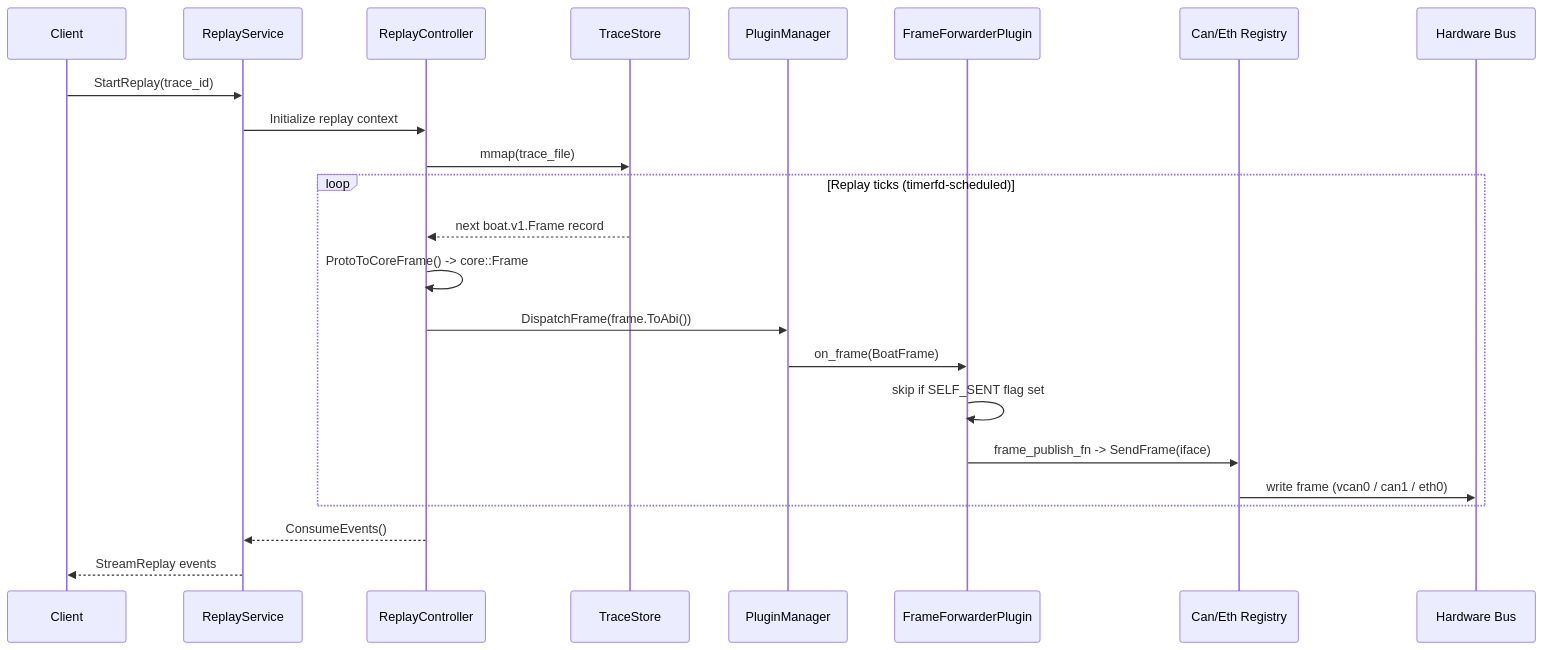
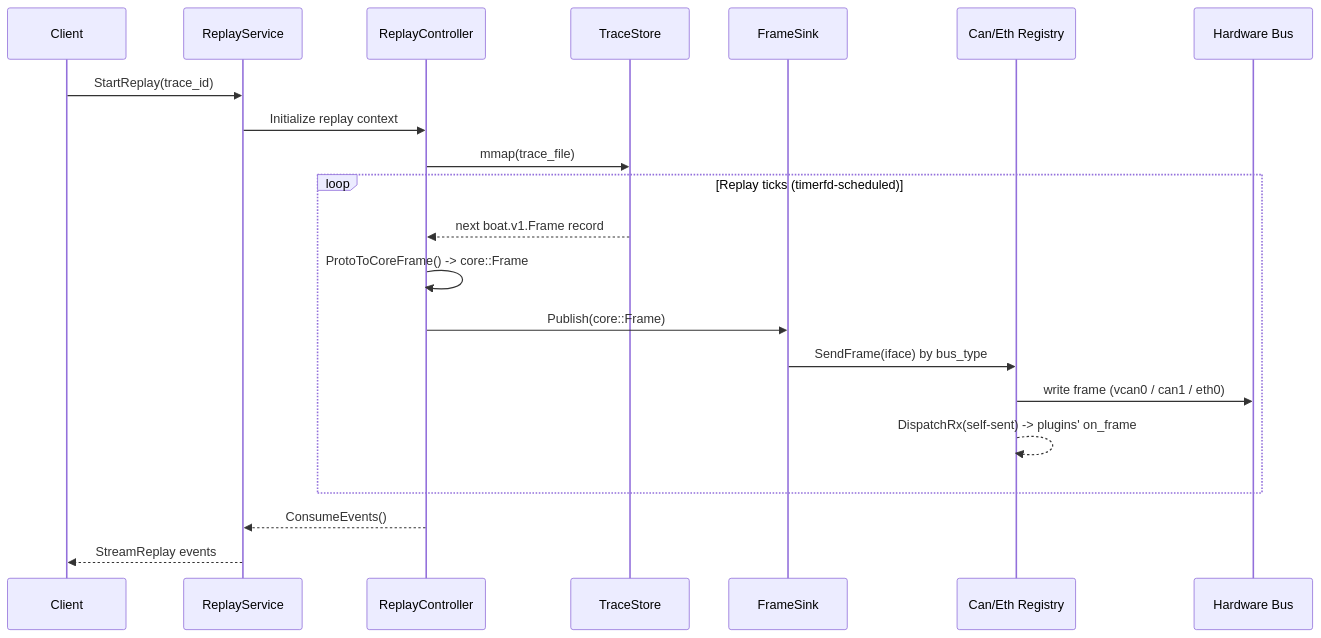
One commit to AlexTech-stack/BoAt changed the fourth of 5 diagrams in boat-platform/docs/diagrams/sequence-diagrams.md. Above: the diagram before and after it, drawn with Mermaid. The commit also changed other lines of this file and 10 other files, not shown here.

First line of the commit message:
feat(frame): finish TCP/PDU SendFrame; TCP transmits via core registry; docs

````diff
--- a/boat-platform/docs/diagrams/sequence-diagrams.md
+++ b/boat-platform/docs/diagrams/sequence-diagrams.md
@@ -73,26 +74,24 @@
 ```mermaid
 sequenceDiagram
     participant Client
     participant ReplaySvc as ReplayService
     participant Replay as ReplayController
     participant Store as TraceStore
-    participant PM as PluginManager
-    participant FF as FrameForwarderPlugin
+    participant Sink as FrameSink
     participant Reg as Can/Eth Registry
     participant Bus as Hardware Bus
 
     Client->>ReplaySvc: StartReplay(trace_id)
     ReplaySvc->>Replay: Initialize replay context
     Replay->>Store: mmap(trace_file)
     loop Replay ticks (timerfd-scheduled)
         Store-->>Replay: next boat.v1.Frame record
         Replay->>Replay: ProtoToCoreFrame() -> core::Frame
-        Replay->>PM: DispatchFrame(frame.ToAbi())
-        PM->>FF: on_frame(BoatFrame)
-        FF->>FF: skip if SELF_SENT flag set
-        FF->>Reg: frame_publish_fn -> SendFrame(iface)
+        Replay->>Sink: Publish(core::Frame)
+        Sink->>Reg: SendFrame(iface) by bus_type
         Reg->>Bus: write frame (vcan0 / can1 / eth0)
+        Reg-->>Reg: DispatchRx(self-sent) -> plugins' on_frame
     end
     Replay-->>ReplaySvc: ConsumeEvents()
     ReplaySvc-->>Client: StreamReplay events
 ```
````
